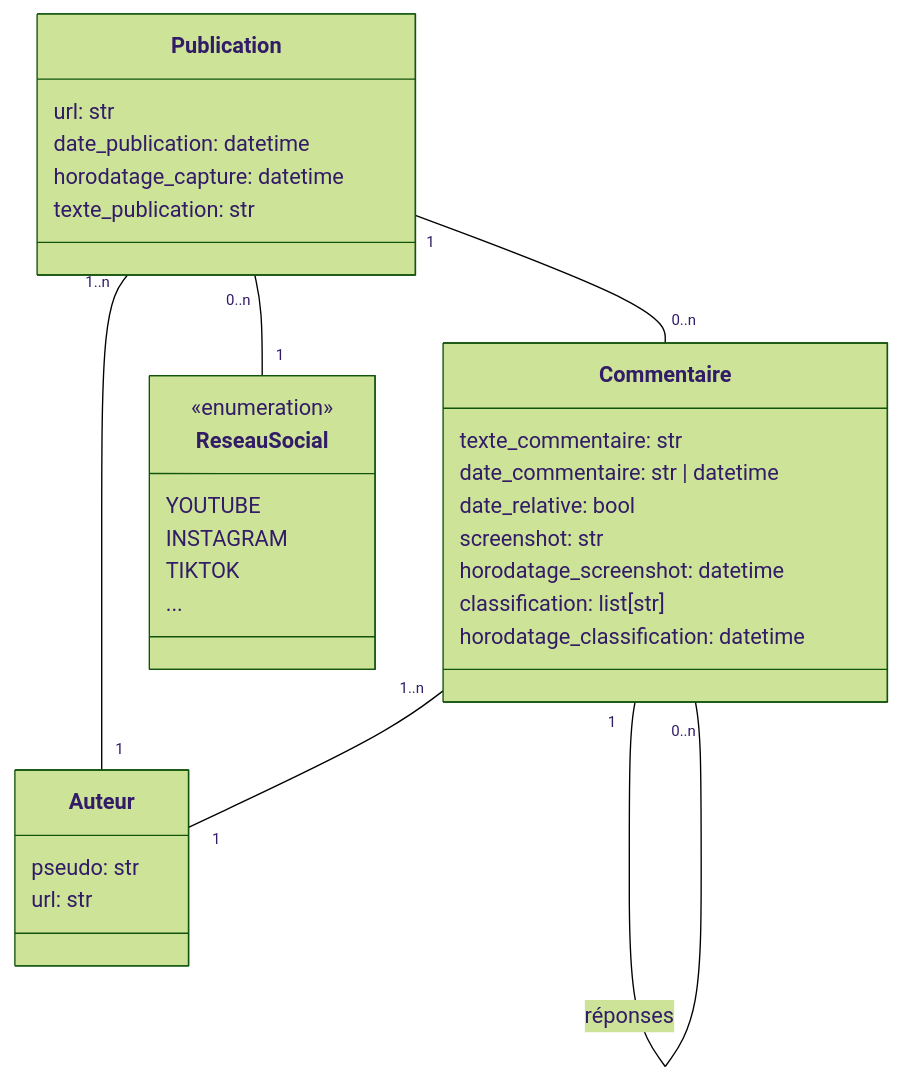
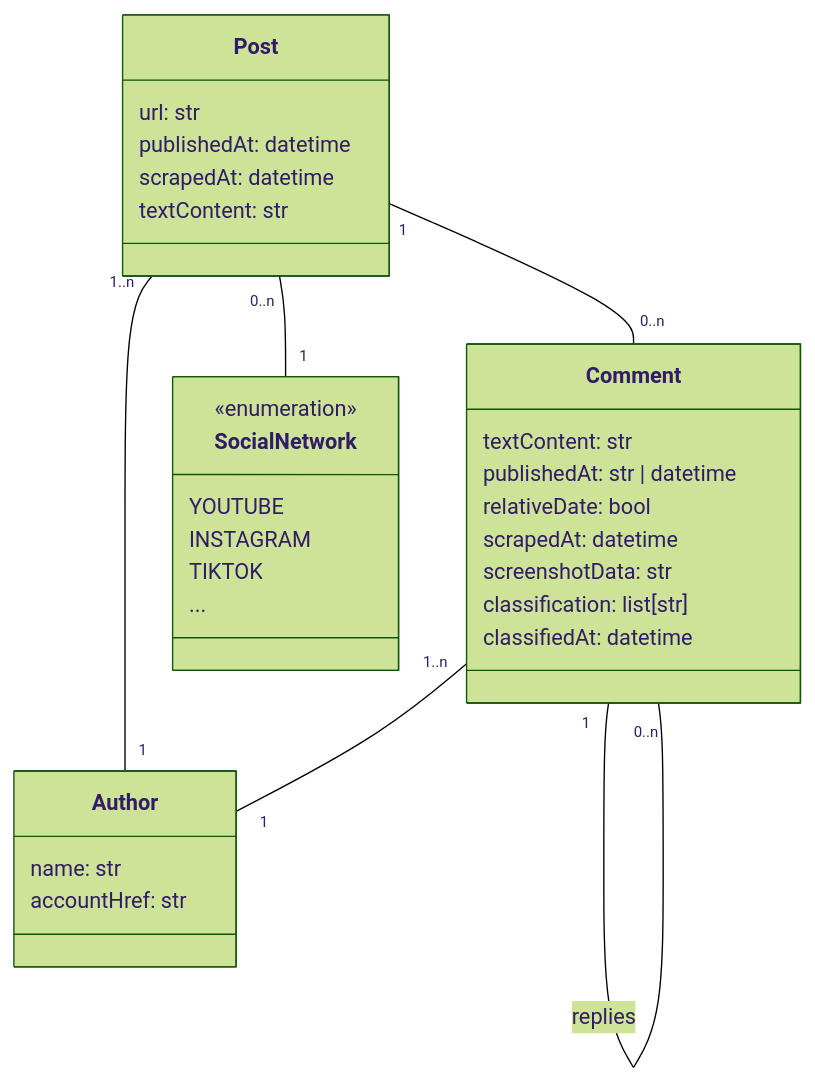
The diagram in docs/frontend/model.md (dataforgoodfr/14_BalanceTesHaters), drawn with Mermaid (forest theme) before and after one commit. The commit also changed other lines of this file, not shown here.

````diff
--- a/docs/frontend/model.md
+++ b/docs/frontend/model.md
@@ -4,38 +4,38 @@
 ```mermaid
 classDiagram
-    class Publication {
+    class Post {
         url: str
-        date_publication: datetime
-        horodatage_capture: datetime
-        texte_publication: str
+        publishedAt: datetime
+        scrapedAt: datetime
+        textContent: str
     }
     
-    class Auteur {
-        pseudo: str
-        url: str
+    class Author {
+        name: str
+        accountHref: str
     }
 
-    class Commentaire {
-        texte_commentaire: str
-        date_commentaire: str | datetime
-        date_relative: bool
-        screenshot: str
-        horodatage_screenshot: datetime
+    class Comment {
+        textContent: str
+        publishedAt: str | datetime
+        relativeDate: bool
+        scrapedAt: datetime
+        screenshotData: str
         classification: list[str]
-        horodatage_classification: datetime
+        classifiedAt: datetime
     }
 
-    class ReseauSocial {
+    class SocialNetwork {
         <<enumeration>>
         YOUTUBE
         INSTAGRAM
         TIKTOK
         ...
     }
 
-    Publication "1..n" -- "1" Auteur
-    Publication "0..n" -- "1" ReseauSocial
-    Publication "1" -- "0..n" Commentaire
-    Commentaire "1..n" -- "1" Auteur
-    Commentaire "1" -- "0..n" Commentaire : réponses
+    Post "1..n" -- "1" Author
+    Post "0..n" -- "1" SocialNetwork
+    Post "1" -- "0..n" Comment
+    Comment "1..n" -- "1" Author
+    Comment "1" -- "0..n" Comment : replies
 ```
````
